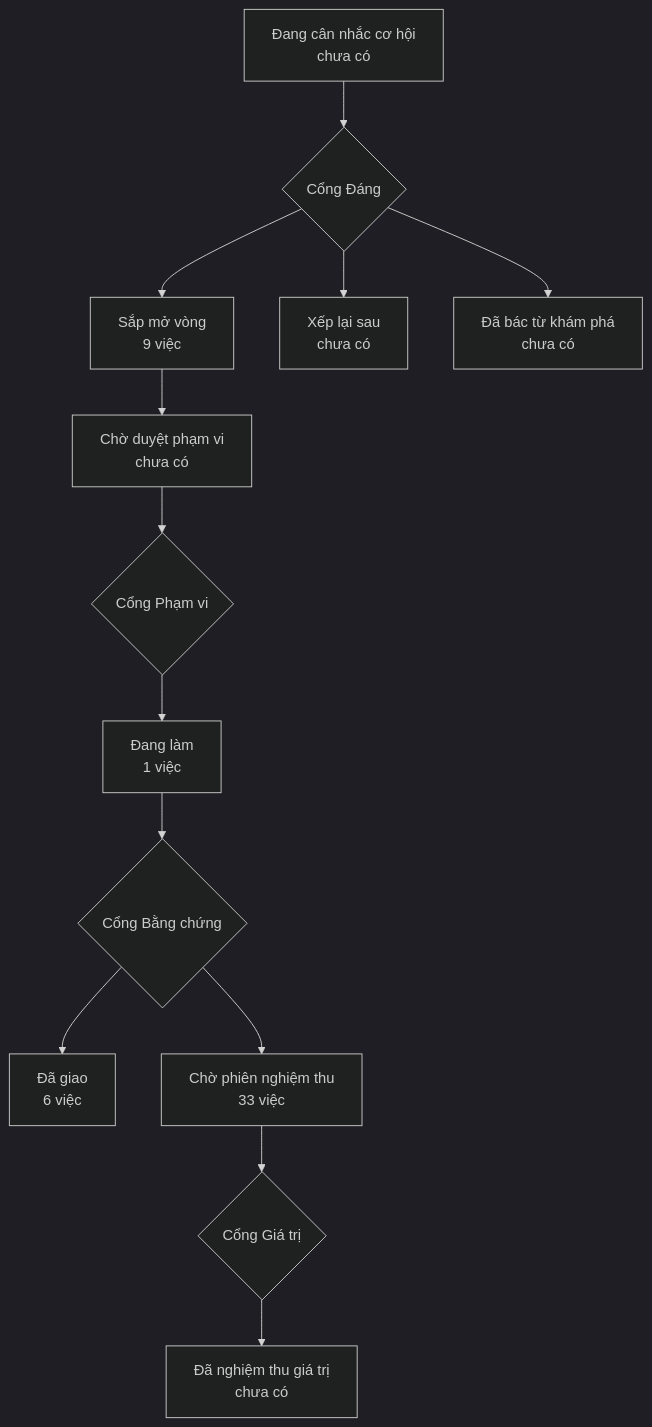
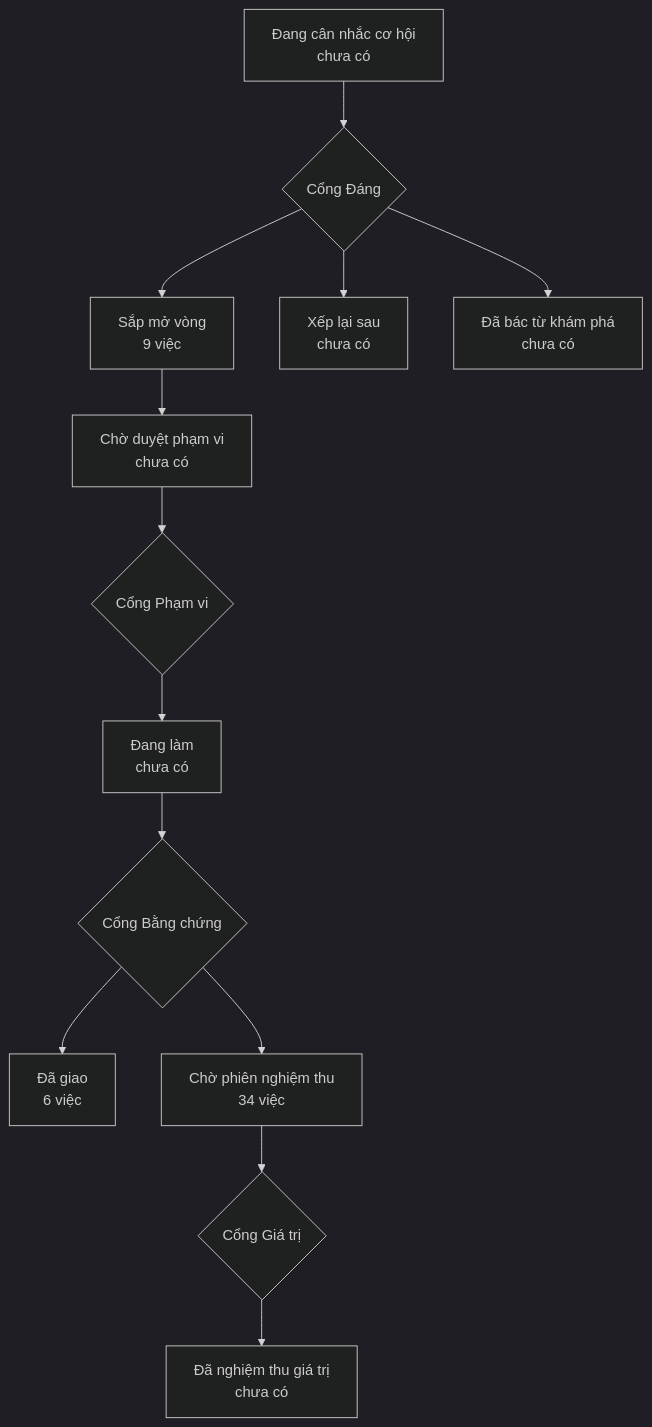
The diagram in PRODUCT-MAP.md (phanlemanh/onehub-quy-hang), drawn with Mermaid (dark theme) before and after one commit. The commit also changed other lines of this file and 4 other files, not shown here.

````diff
--- a/PRODUCT-MAP.md
+++ b/PRODUCT-MAP.md
@@ -7,12 +7,12 @@
 ```mermaid
 flowchart TD
   A["Đang cân nhắc cơ hội<br/>chưa có"] --> GD{"Cổng Đáng"}
   GD --> B["Sắp mở vòng<br/>9 việc"]
   GD --> XL["Xếp lại sau<br/>chưa có"]
   GD --> DB["Đã bác từ khám phá<br/>chưa có"]
   B --> CD["Chờ duyệt phạm vi<br/>chưa có"] --> GP{"Cổng Phạm vi"}
-  GP --> DL["Đang làm<br/>1 việc"] --> GB{"Cổng Bằng chứng"}
+  GP --> DL["Đang làm<br/>chưa có"] --> GB{"Cổng Bằng chứng"}
   GB --> DG["Đã giao<br/>6 việc"]
-  GB --> CN["Chờ phiên nghiệm thu<br/>33 việc"] --> GG{"Cổng Giá trị"}
+  GB --> CN["Chờ phiên nghiệm thu<br/>34 việc"] --> GG{"Cổng Giá trị"}
   GG --> NT["Đã nghiệm thu giá trị<br/>chưa có"]
 ```
````
